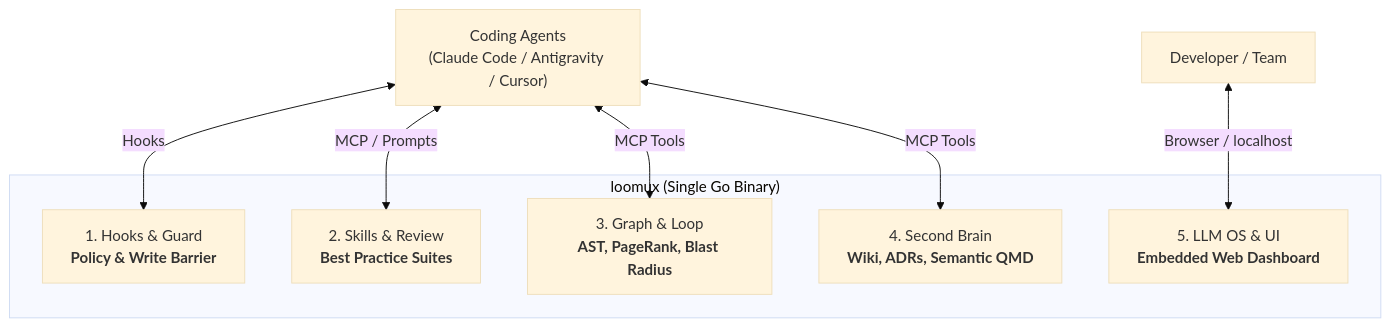
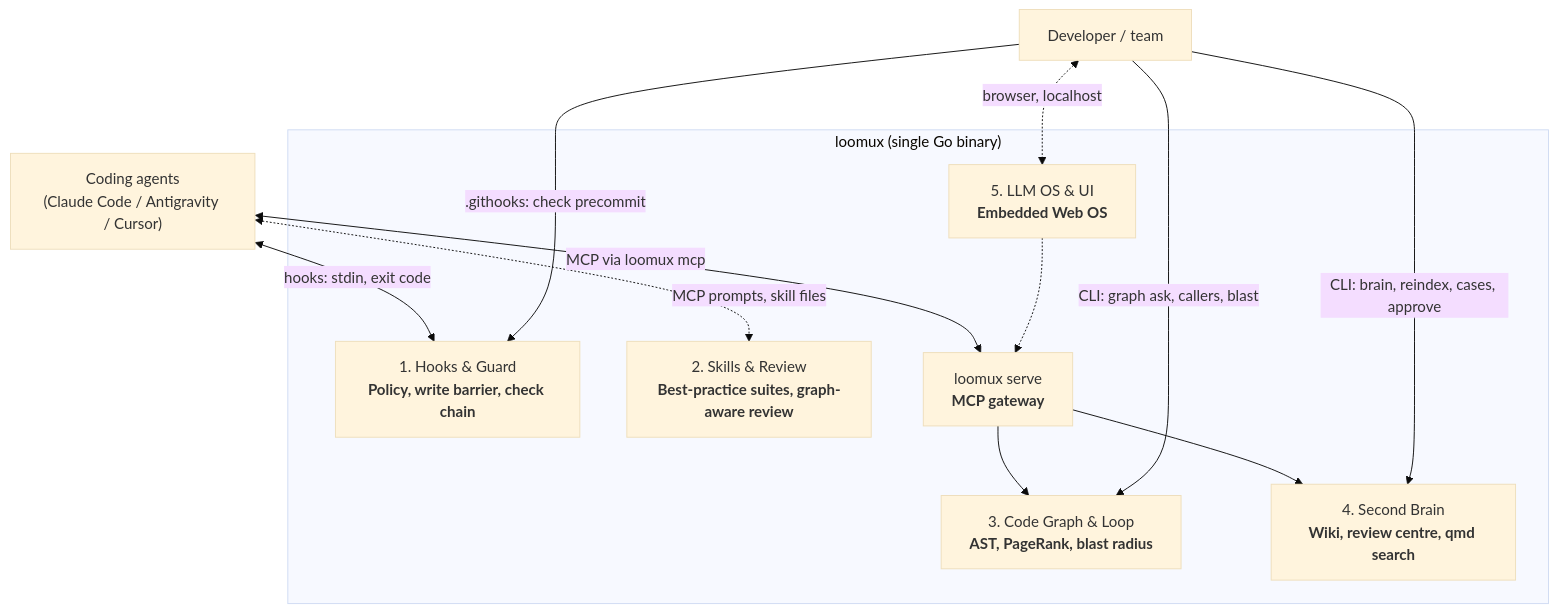
Before and after one commit to xidus90/loomux: the first of 3 diagrams in README.md, drawn with Mermaid (base theme). The commit also changed other lines of this file and 9 other files, not shown here.

````diff
--- a/README.md
+++ b/README.md
@@ -21,16 +21,25 @@
 ```mermaid
 flowchart TD
-    subgraph Core["loomux (Single Go Binary)"]
-        P1["1. Hooks & Guard<br/><b>Policy & Write Barrier</b>"]
-        P2["2. Skills & Review<br/><b>Best Practice Suites</b>"]
-        P3["3. Graph & Loop<br/><b>AST, PageRank, Blast Radius</b>"]
-        P4["4. Second Brain<br/><b>Wiki, ADRs, Semantic QMD</b>"]
-        P5["5. LLM OS & UI<br/><b>Embedded Web Dashboard</b>"]
+    subgraph Core["loomux (single Go binary)"]
+        P1["1. Hooks & Guard<br/><b>Policy, write barrier, check chain</b>"]
+        P2["2. Skills & Review<br/><b>Best-practice suites, graph-aware review</b>"]
+        P3["3. Code Graph & Loop<br/><b>AST, PageRank, blast radius</b>"]
+        P4["4. Second Brain<br/><b>Wiki, review centre, qmd search</b>"]
+        P5["5. LLM OS & UI<br/><b>Embedded Web OS</b>"]
+        Serve["loomux serve<br/><b>MCP gateway</b>"]
     end
 
-    Agents["Coding Agents<br/>(Claude Code / Antigravity / Cursor)"] <--> |Hooks| P1
-    Agents <--> |MCP / Prompts| P2
-    Agents <--> |MCP Tools| P3
-    Agents <--> |MCP Tools| P4
-    Human["Developer / Team"] <--> |Browser / localhost| P5
+    Agents["Coding agents<br/>(Claude Code / Antigravity / Cursor)"]
+    Human["Developer / team"]
+
+    Agents <--> |"hooks: stdin, exit code"| P1
+    Agents <--> |"MCP via loomux mcp"| Serve
+    Serve --> P3
+    Serve --> P4
+    Agents <-.-> |"MCP prompts, skill files"| P2
+    Human --> |".githooks: check precommit"| P1
+    Human --> |"CLI: graph ask, callers, blast"| P3
+    Human --> |"CLI: brain, reindex, cases, approve"| P4
+    Human <-.-> |"browser, localhost"| P5
+    P5 -.-> Serve
 ```
````
